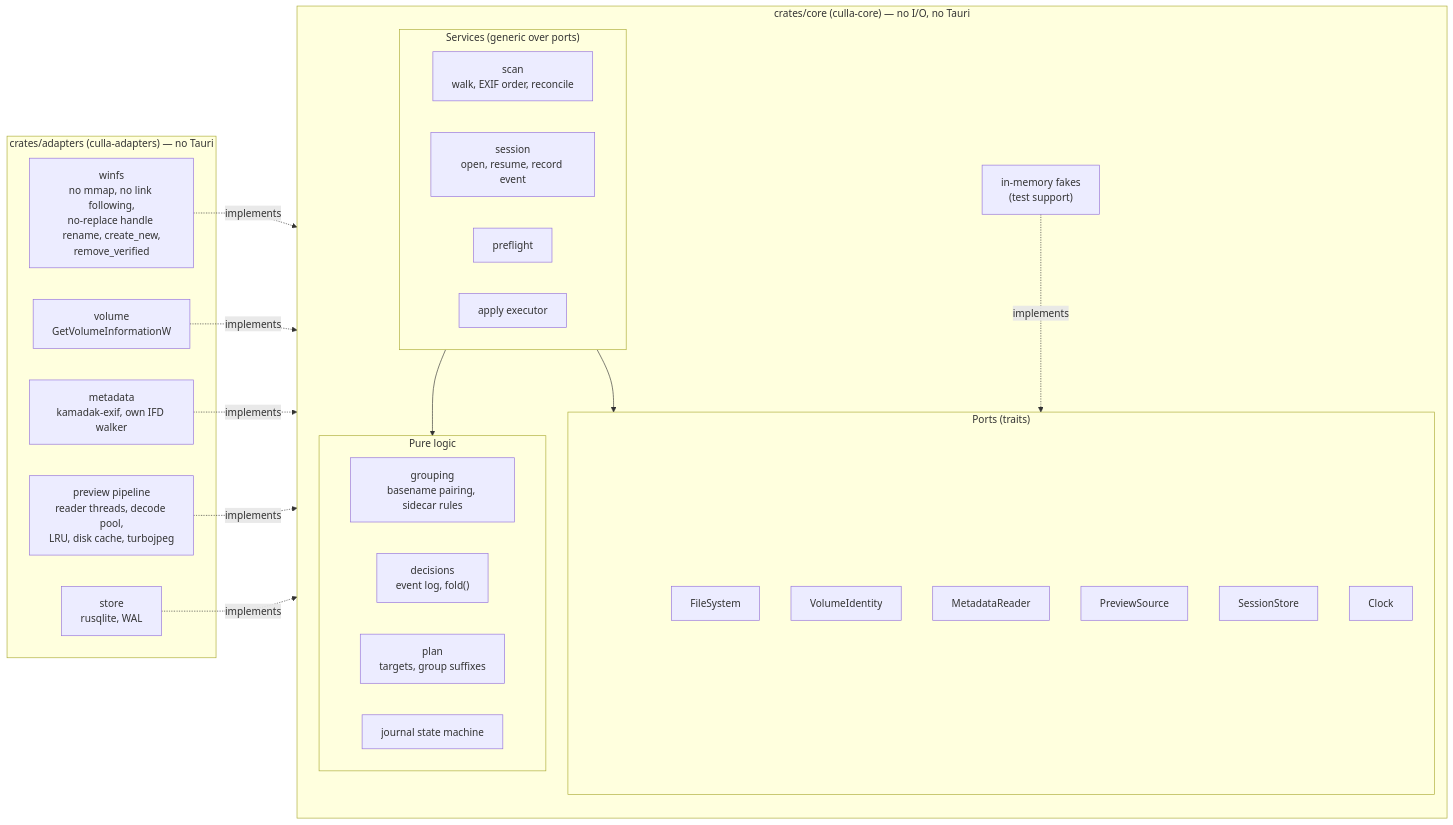
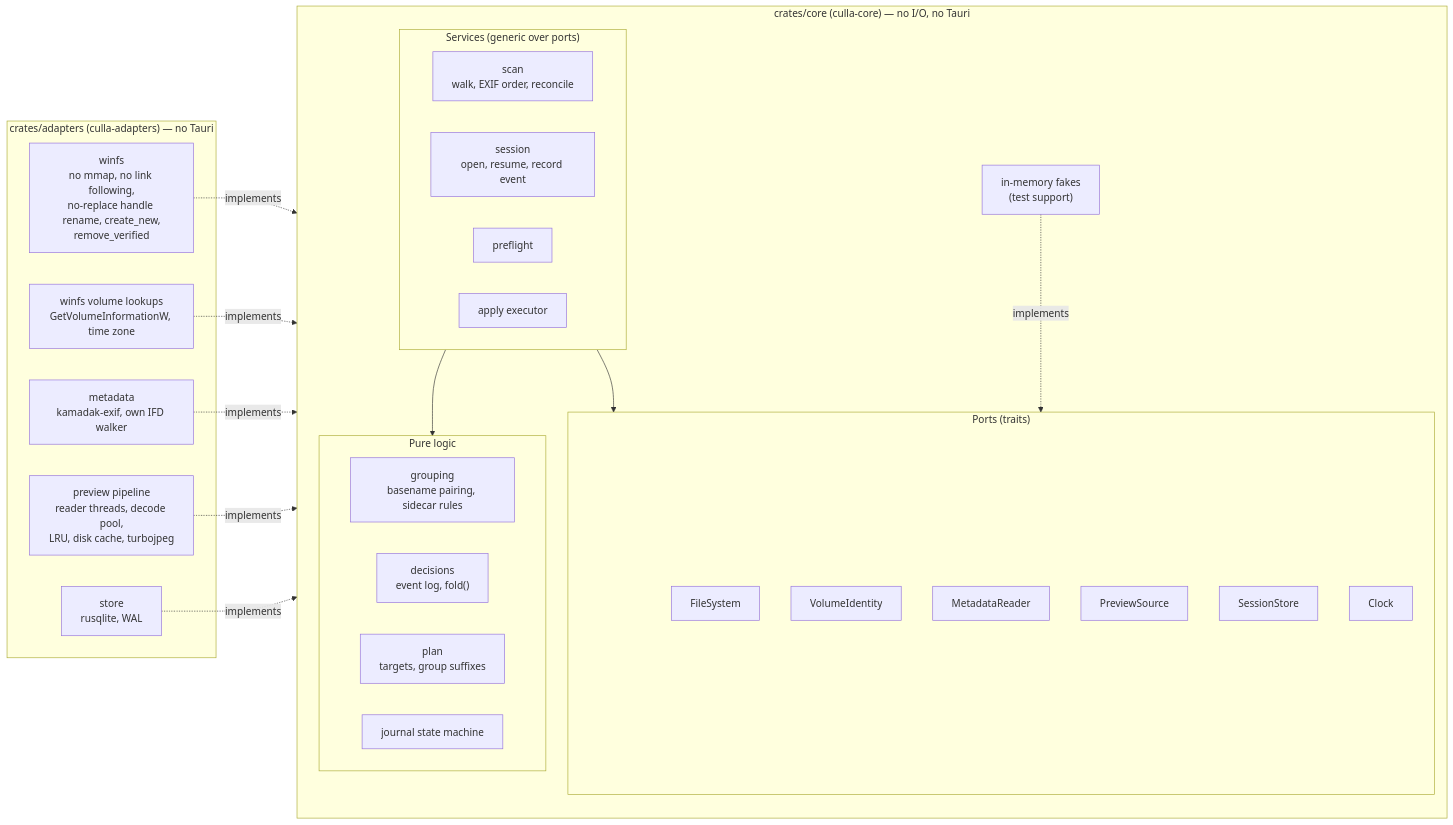
The third of 9 diagrams in docs/architecture.md (margaux-faurie/culla), drawn with Mermaid before and after one commit. The commit also changed other lines of this file and 24 other files, not shown here.

First line of the commit message:
feat(core): volume identity and PC time zone for the file-time fallback (#25)

````diff
--- a/docs/architecture.md
+++ b/docs/architecture.md
@@ -122,44 +122,44 @@
 ```mermaid
 flowchart LR
   subgraph core["crates/core (culla-core) — no I/O, no Tauri"]
     direction TB
     subgraph domain["Pure logic"]
       grouping["grouping<br/>basename pairing, sidecar rules"]
       decisions["decisions<br/>event log, fold()"]
       planner["plan<br/>targets, group suffixes"]
       journalsm["journal state machine"]
     end
     subgraph services["Services (generic over ports)"]
       scan["scan<br/>walk, EXIF order, reconcile"]
       session["session<br/>open, resume, record event"]
       preflight["preflight"]
       apply["apply executor"]
     end
     subgraph ports["Ports (traits)"]
       pfs["FileSystem"]
       pvol["VolumeIdentity"]
       pmeta["MetadataReader"]
       ppre["PreviewSource"]
       pstore["SessionStore"]
       pclock["Clock"]
     end
     fakes["in-memory fakes<br/>(test support)"]
   end
 
   subgraph adapters["crates/adapters (culla-adapters) — no Tauri"]
     afs["winfs<br/>no mmap, no link following,<br/>no-replace handle rename, create_new,<br/>remove_verified"]
-    avol["volume<br/>GetVolumeInformationW"]
+    avol["winfs volume lookups<br/>GetVolumeInformationW, time zone"]
     ameta["metadata<br/>kamadak-exif, own IFD walker"]
     apre["preview pipeline<br/>reader threads, decode pool,<br/>LRU, disk cache, turbojpeg"]
     asql["store<br/>rusqlite, WAL"]
   end
 
   services --> domain
   services --> ports
   afs -.implements.-> pfs
   avol -.implements.-> pvol
   ameta -.implements.-> pmeta
   apre -.implements.-> ppre
   asql -.implements.-> pstore
   fakes -.implements.-> ports
 ```
````
